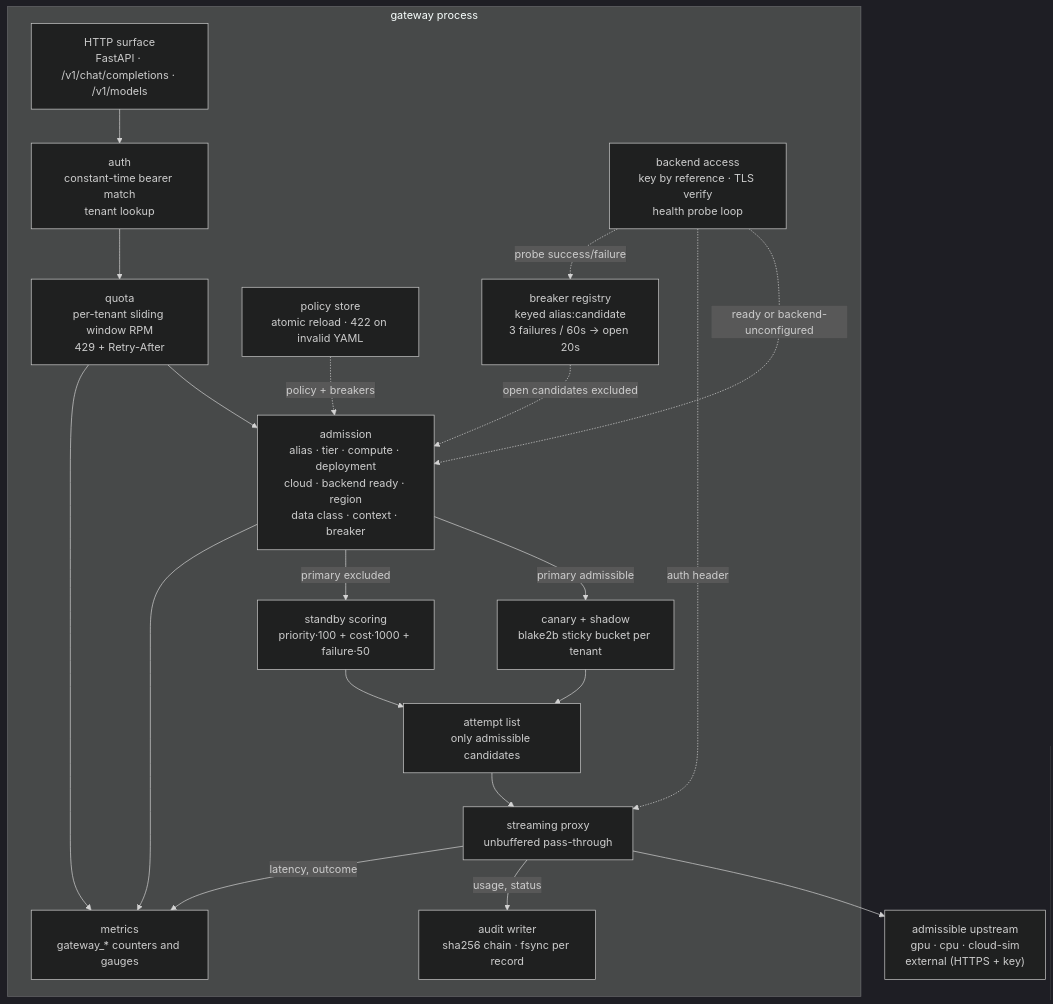
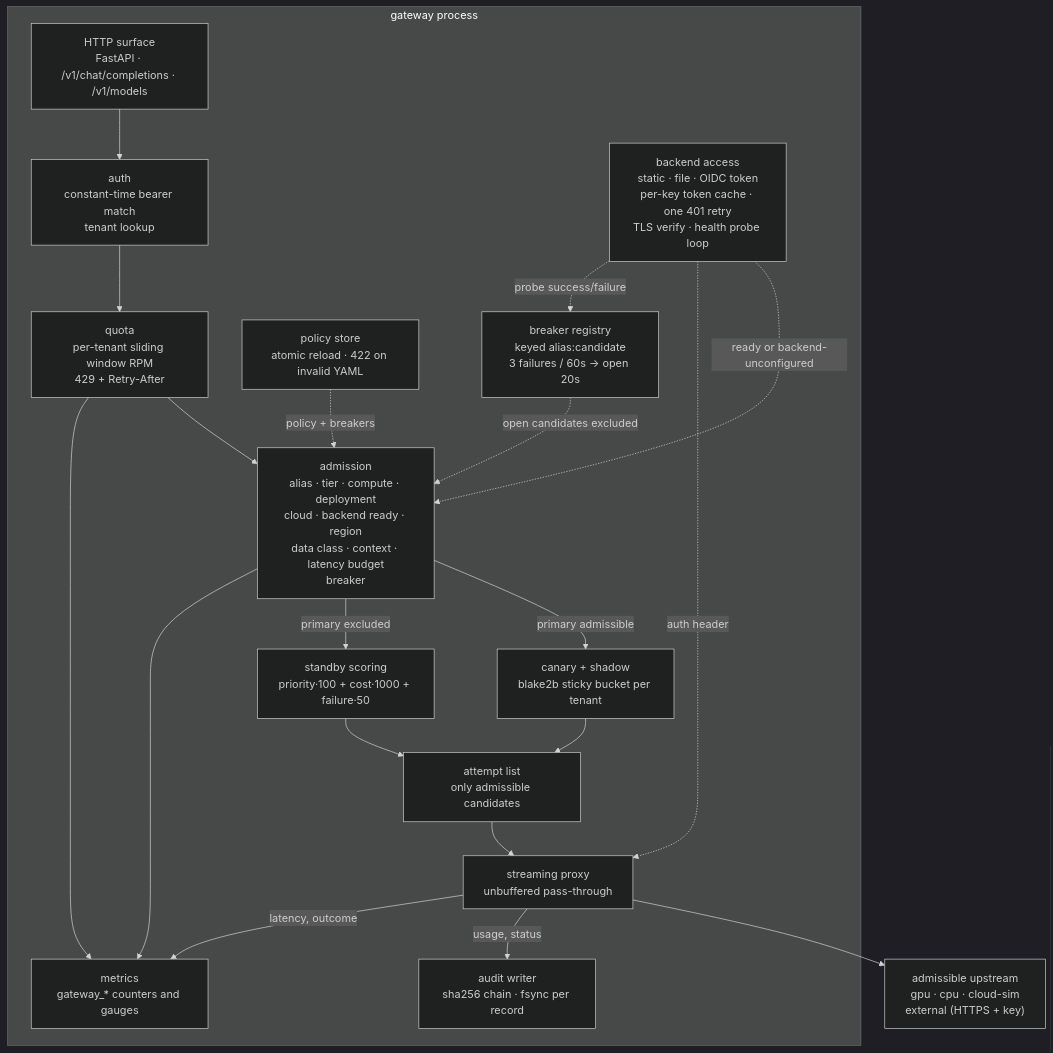
The third of 6 diagrams in docs/architecture/c4.md (mahi80/SLM-FIne-Tuned-Inference), drawn with Mermaid (dark theme) before and after one commit. The commit also changed other lines of this file and 6 other files, not shown here.

````diff
--- a/docs/architecture/c4.md
+++ b/docs/architecture/c4.md
@@ -122,36 +122,36 @@
 ```mermaid
 flowchart TB
   subgraph GW["gateway process"]
     HTTP["HTTP surface<br/>FastAPI · /v1/chat/completions · /v1/models"]
     AUTH["auth<br/>constant-time bearer match<br/>tenant lookup"]
     QUOTA["quota<br/>per-tenant sliding window RPM<br/>429 + Retry-After"]
     POL["policy store<br/>atomic reload · 422 on invalid YAML"]
-    ADM["admission<br/>alias · tier · compute · deployment<br/>cloud · backend ready · region<br/>data class · context · breaker"]
+    ADM["admission<br/>alias · tier · compute · deployment<br/>cloud · backend ready · region<br/>data class · context · latency budget<br/>breaker"]
     CAN["canary + shadow<br/>blake2b sticky bucket per tenant"]
     SCORE["standby scoring<br/>priority·100 + cost·1000 + failure·50"]
     BRK["breaker registry<br/>keyed alias:candidate<br/>3 failures / 60s → open 20s"]
     ATT["attempt list<br/>only admissible candidates"]
     PROXY["streaming proxy<br/>unbuffered pass-through"]
-    KEYS["backend access<br/>key by reference · TLS verify<br/>health probe loop"]
+    KEYS["backend access<br/>static · file · OIDC token<br/>per-key token cache · one 401 retry<br/>TLS verify · health probe loop"]
     AUD["audit writer<br/>sha256 chain · fsync per record"]
     MET["metrics<br/>gateway_* counters and gauges"]
   end
 
   UP["admissible upstream<br/>gpu · cpu · cloud-sim<br/>external (HTTPS + key)"]
 
   HTTP --> AUTH --> QUOTA --> ADM
   POL -.->|"policy + breakers"| ADM
   BRK -.->|"open candidates excluded"| ADM
   KEYS -.->|"ready or backend-unconfigured"| ADM
   KEYS -.->|"auth header"| PROXY
   KEYS -.->|"probe success/failure"| BRK
   ADM -->|"primary admissible"| CAN
   ADM -->|"primary excluded"| SCORE
   CAN --> ATT
   SCORE --> ATT
   ATT --> PROXY --> UP
   PROXY -->|"usage, status"| AUD
   PROXY -->|"latency, outcome"| MET
   QUOTA --> MET
   ADM --> MET
 ```
````
